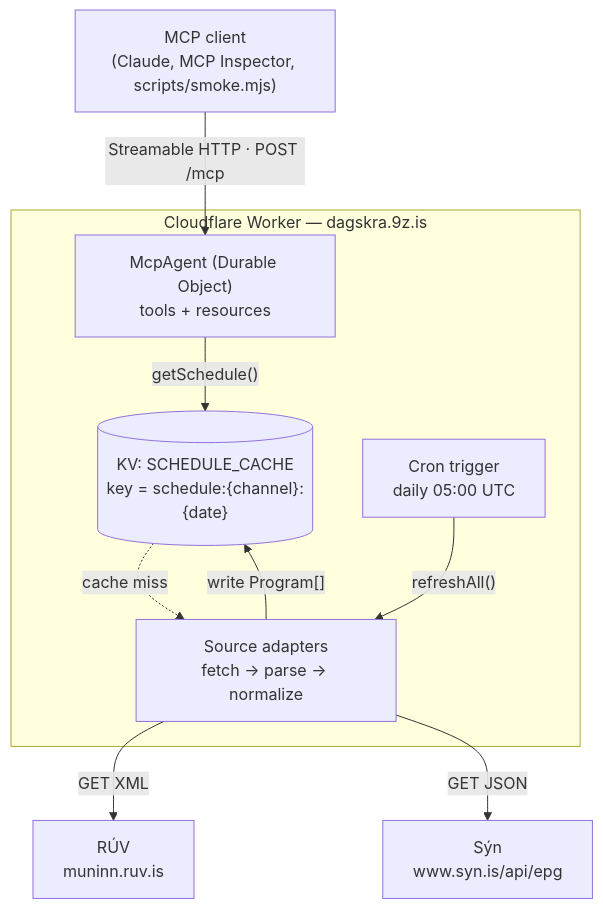
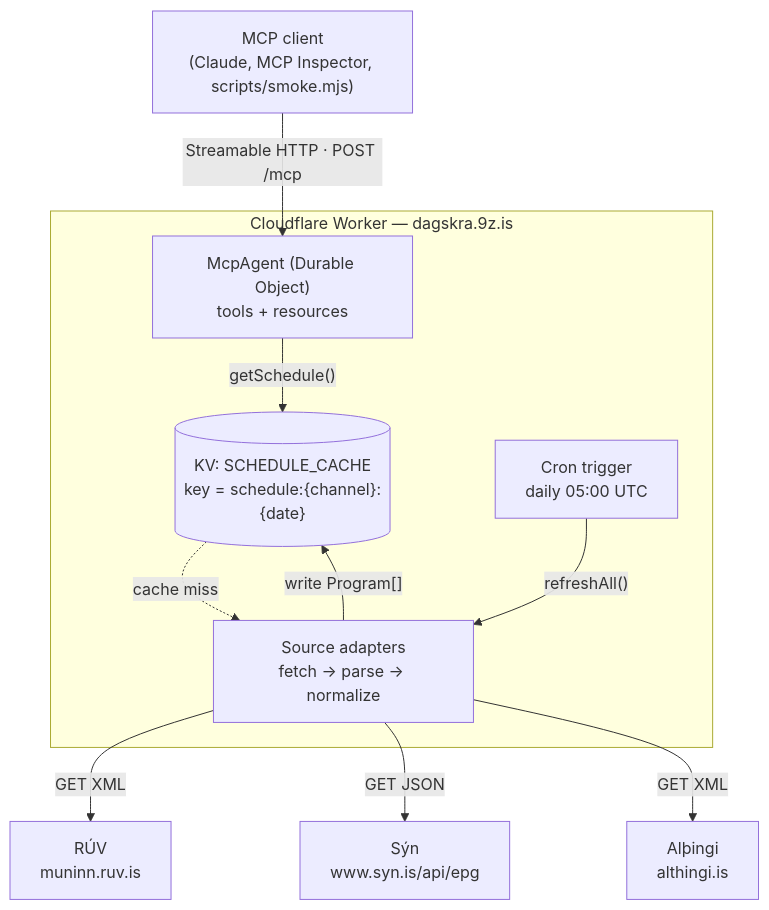
Before and after one commit to HermannBjorgvin/dagskra: the first of 3 diagrams in README.md, drawn with Mermaid. The commit also changed other lines of this file, not shown here.

````diff
--- a/README.md
+++ b/README.md
@@ -22,20 +25,21 @@
 ```mermaid
 flowchart TD
     Client["MCP client<br/>(Claude, MCP Inspector, scripts/smoke.mjs)"]
     Client -->|"Streamable HTTP · POST /mcp"| MCP
 
     subgraph Worker["Cloudflare Worker — dagskra.9z.is"]
         MCP["McpAgent (Durable Object)<br/>tools + resources"]
         KV[("KV: SCHEDULE_CACHE<br/>key = schedule:{channel}:{date}")]
         Cron["Cron trigger<br/>daily 05:00 UTC"]
         Adapters["Source adapters<br/>fetch → parse → normalize"]
 
         MCP -->|"getSchedule()"| KV
         KV -.->|"cache miss"| Adapters
         Cron -->|"refreshAll()"| Adapters
         Adapters -->|"write Program[]"| KV
     end
 
     Adapters -->|"GET XML"| RUV["RÚV<br/>muninn.ruv.is"]
     Adapters -->|"GET JSON"| SYN["Sýn<br/>www.syn.is/api/epg"]
+    Adapters -->|"GET XML"| ALT["Alþingi<br/>althingi.is"]
 ```
````
